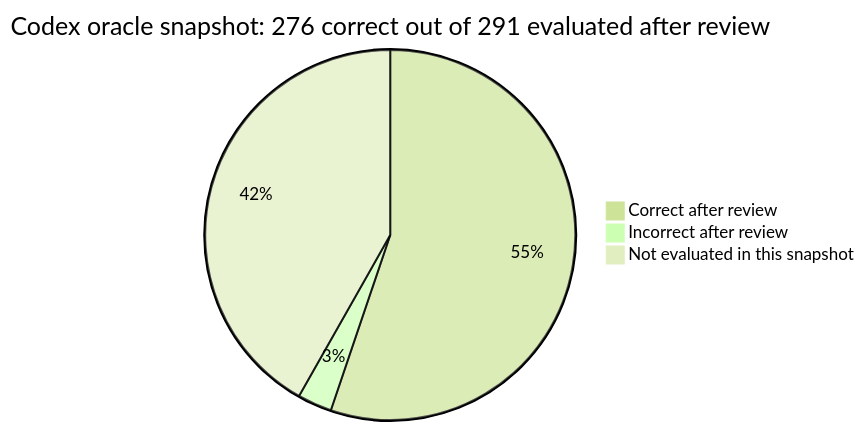
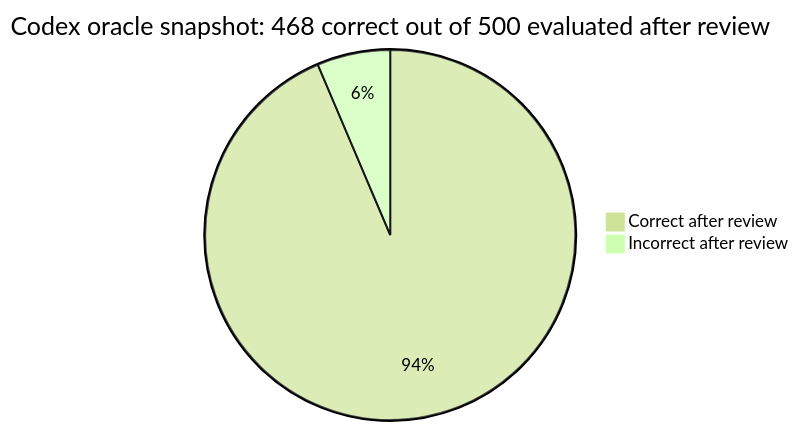
Before and after one commit to pygent-ai/memory-cli: the second of 3 diagrams in experiments/longmemeval/README.md, drawn with Mermaid (forest theme). The commit also changed other lines of this file and 12 other files, not shown here.

````diff
--- a/experiments/longmemeval/README.md
+++ b/experiments/longmemeval/README.md
@@ -39,6 +38,5 @@
 ```mermaid
-pie title Codex oracle snapshot: 276 correct out of 291 evaluated after review
-    "Correct after review" : 276
-    "Incorrect after review" : 15
-    "Not evaluated in this snapshot" : 209
+pie title Codex oracle snapshot: 468 correct out of 500 evaluated after review
+    "Correct after review" : 468
+    "Incorrect after review" : 32
 ```
````
